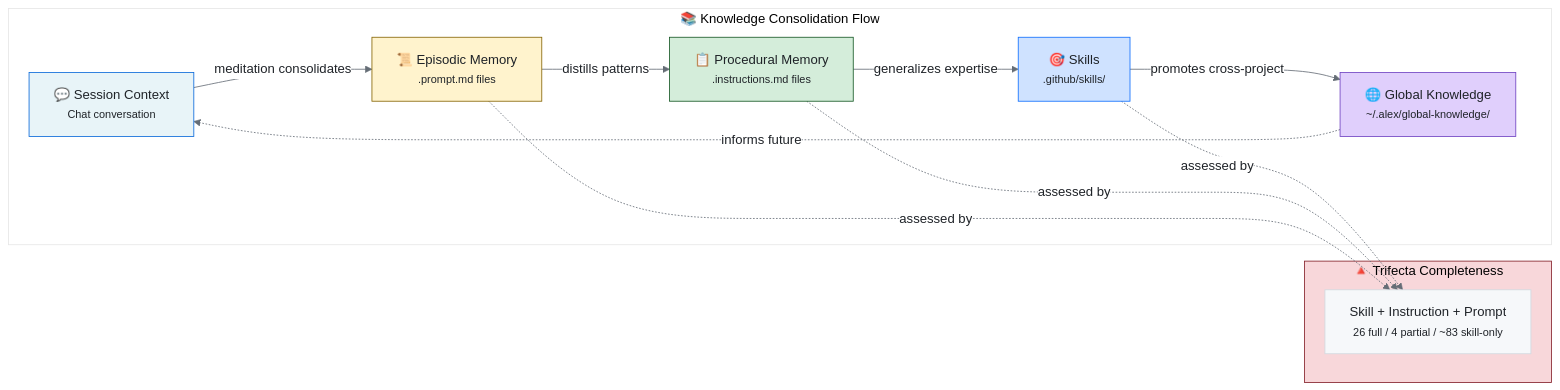
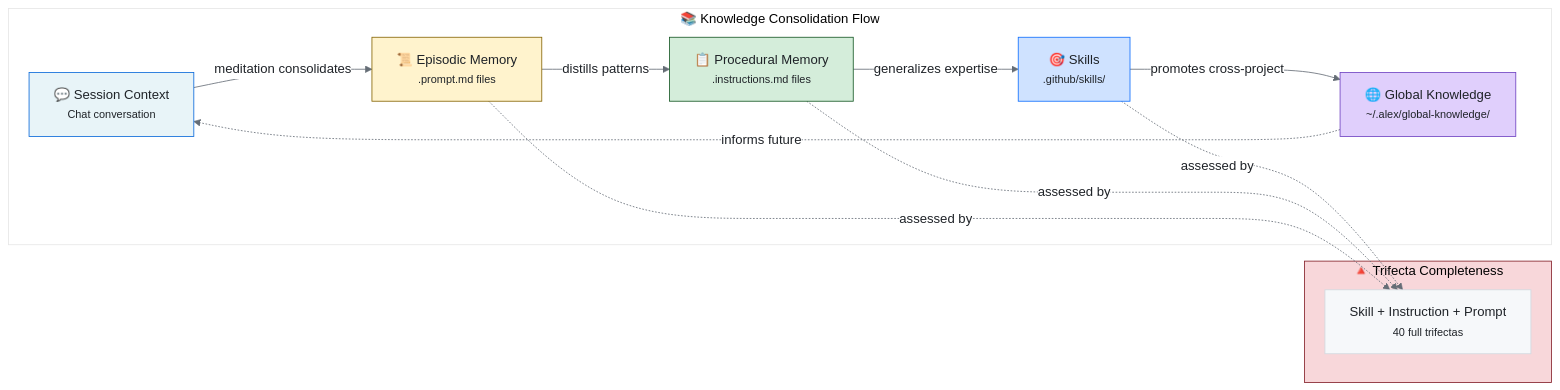
Before and after one commit to fabioc-aloha/Alex_Plug_In: the fourth of 6 diagrams in alex_docs/skills/SKILLS-CATALOG.md, drawn with Mermaid. The commit also changed other lines of this file and 1238 other files, not shown here.

````diff
--- a/alex_docs/skills/SKILLS-CATALOG.md
+++ b/alex_docs/skills/SKILLS-CATALOG.md
@@ -784,29 +784,29 @@
 ```mermaid
 %%{init: {'theme': 'base', 'themeVariables': { 'primaryColor': '#f6f8fa', 'primaryTextColor': '#1f2328', 'primaryBorderColor': '#d1d9e0', 'lineColor': '#656d76', 'edgeLabelBackground': '#ffffff'}}}%%
 flowchart LR
     subgraph Flow["📚 Knowledge Consolidation Flow"]
         SESSION["💬 Session Context<br/><small>Chat conversation</small>"]
         EPISODIC["📜 Episodic Memory<br/><small>.prompt.md files</small>"]
         PROCEDURAL["📋 Procedural Memory<br/><small>.instructions.md files</small>"]
         SKILLS["🎯 Skills<br/><small>.github/skills/</small>"]
         GLOBAL["🌐 Global Knowledge<br/><small>~/.alex/global-knowledge/</small>"]
     end
 
     subgraph Trifecta["🔺 Trifecta Completeness"]
-        TRI["Skill + Instruction + Prompt<br/><small>26 full / 4 partial / ~83 skill-only</small>"]
+        TRI["Skill + Instruction + Prompt<br/><small>40 full trifectas</small>"]
     end
 
     SESSION -->|"meditation consolidates"| EPISODIC
     EPISODIC -->|"distills patterns"| PROCEDURAL
     PROCEDURAL -->|"generalizes expertise"| SKILLS
     SKILLS -->|"promotes cross-project"| GLOBAL
     GLOBAL -.->|"informs future"| SESSION
     SKILLS & PROCEDURAL & EPISODIC -.->|"assessed by"| TRI
 
     style SESSION fill:#e8f4f8,stroke:#0969da
     style EPISODIC fill:#fff3cd,stroke:#856404
     style PROCEDURAL fill:#d4edda,stroke:#155724
     style SKILLS fill:#cfe2ff,stroke:#0d6efd
     style GLOBAL fill:#e0cffc,stroke:#6f42c1
     style Trifecta fill:#f8d7da,stroke:#842029
 ```
````
